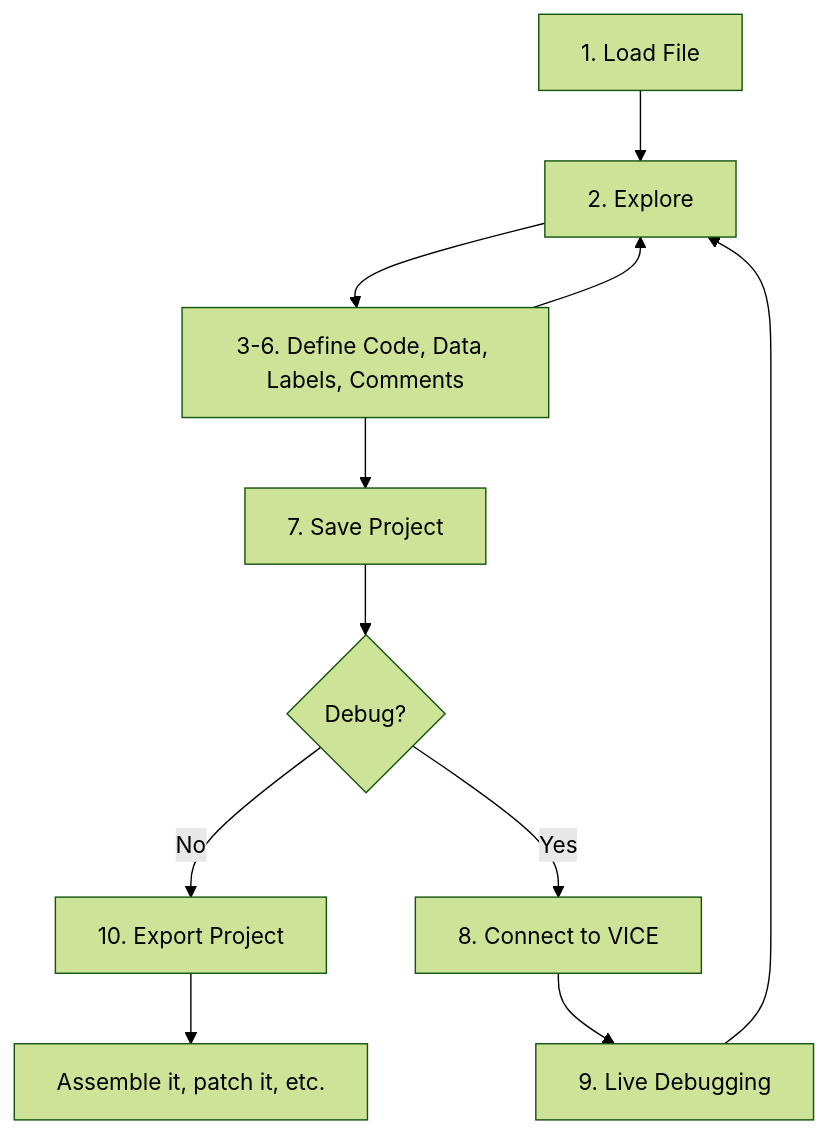
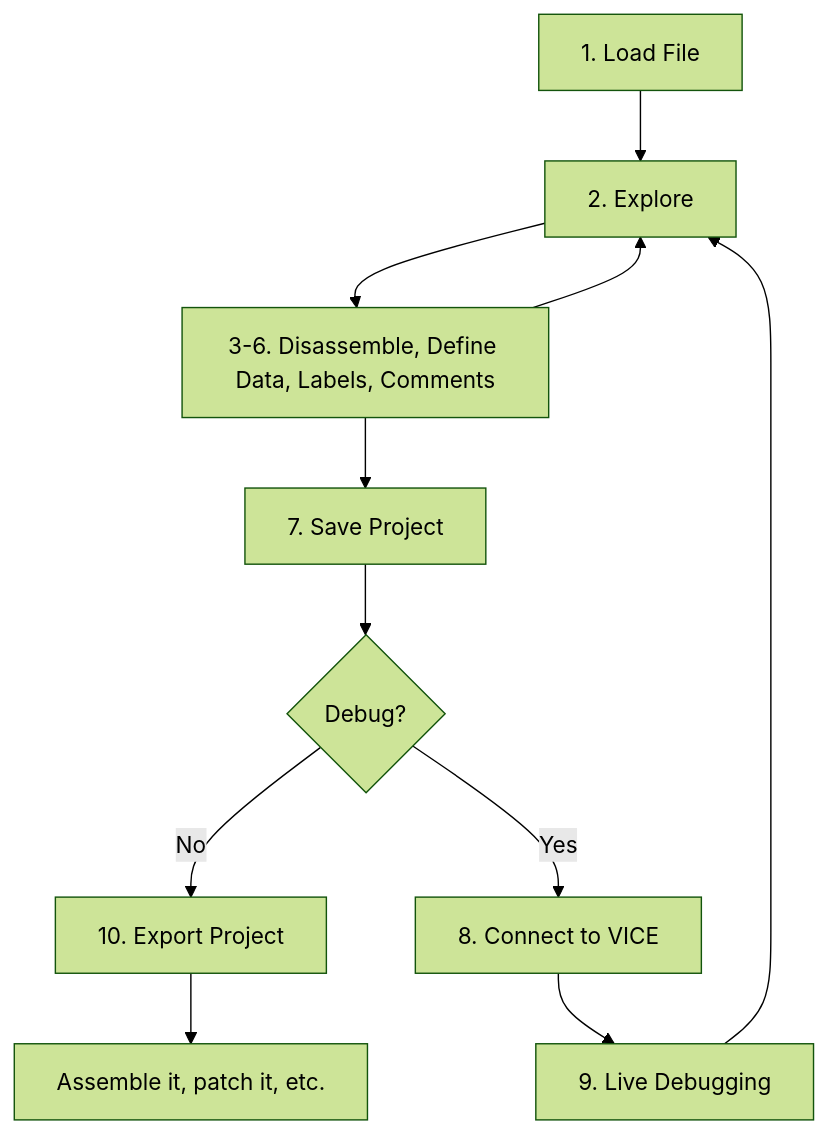
The diagram in docs/index.md (ricardoquesada/regenerator2000), drawn with Mermaid (forest theme) before and after one commit. The commit also changed other lines of this file and 2 other files, not shown here.

````diff
--- a/docs/index.md
+++ b/docs/index.md
@@ -110,13 +110,13 @@
 ```mermaid
 flowchart TD
     S1[1. Load File] --> S2[2. Explore]
-    S2 --> S3[3-6. Define Code, Data, Labels, Comments]
+    S2 --> S3[3-6. Disassemble, Define Data, Labels, Comments]
     S3 --> S7[7. Save Project]
     S3 --> S2
     S7 --> Q{Debug?}
     Q -- No --> S10[10. Export Project]
     Q -- Yes --> S8[8. Connect to VICE]
     S8 --> S9[9. Live Debugging]
     S9 --> S2
     S10 --> Done[Assemble it, patch it, etc.]
 ```
````
